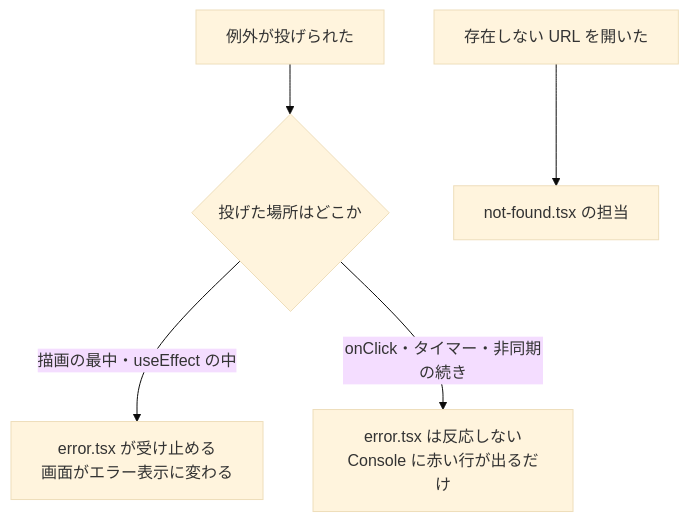
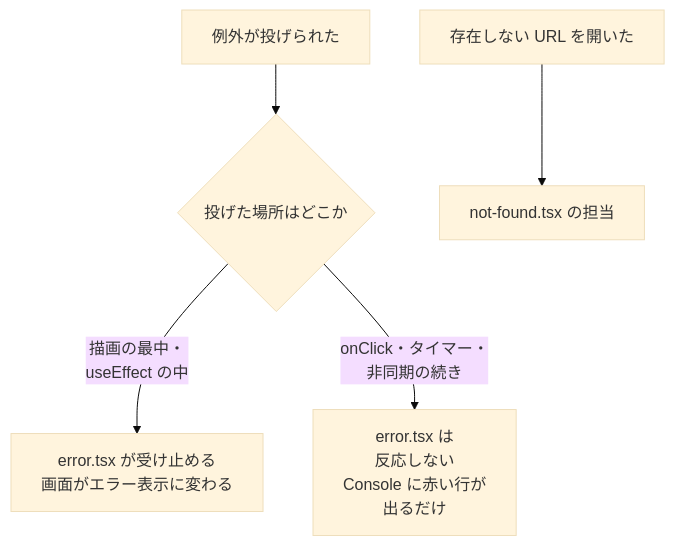
The second of 2 diagrams in material/30days-curriculum/day26_エラーページを作って、バグを退治しよう.md (kouiso/task-app), drawn with Mermaid (base theme) before and after one commit. The commit also changed 24 other files, not shown here.

First line of the commit message:
fix(material): Mermaid 図のファイル名キャプションとノード途中折れを直す (#457) (#718)

````diff
--- a/material/30days-curriculum/day26_エラーページを作って、バグを退治しよう.md
+++ b/material/30days-curriculum/day26_エラーページを作って、バグを退治しよう.md
@@ -213,7 +213,7 @@
 ```mermaid
 flowchart TB
     E["例外が投げられた"] --> Q{"投げた場所はどこか"}
-    Q -->|"描画の最中・useEffect の中"| A["error.tsx が受け止める<br/>画面がエラー表示に変わる"]
-    Q -->|"onClick・タイマー・非同期の続き"| B["error.tsx は反応しない<br/>Console に赤い行が出るだけ"]
+    Q -->|"描画の最中・<br/>useEffect の中"| A["error.tsx が受け止める<br/>画面がエラー表示に変わる"]
+    Q -->|"onClick・タイマー・<br/>非同期の続き"| B["error.tsx は<br/>反応しない<br/>Console に赤い行が<br/>出るだけ"]
     N["存在しない URL を開いた"] --> C["not-found.tsx の担当"]
 ```
````
